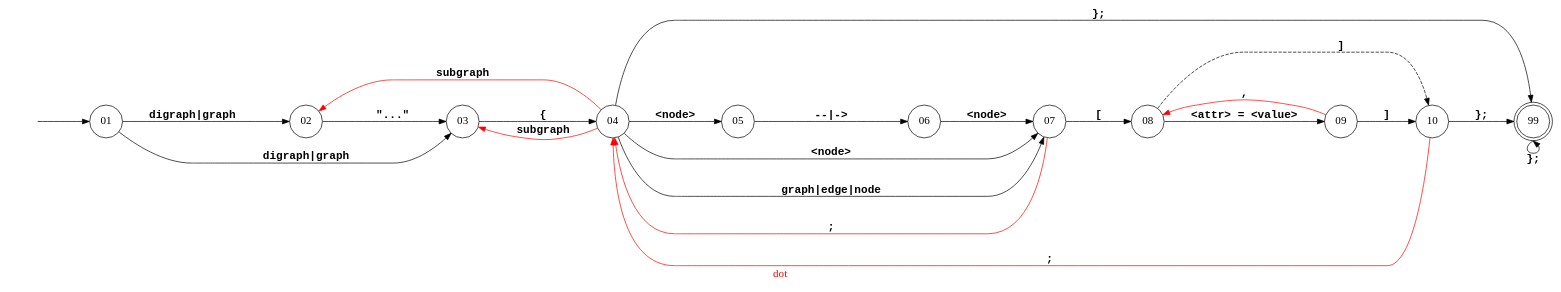
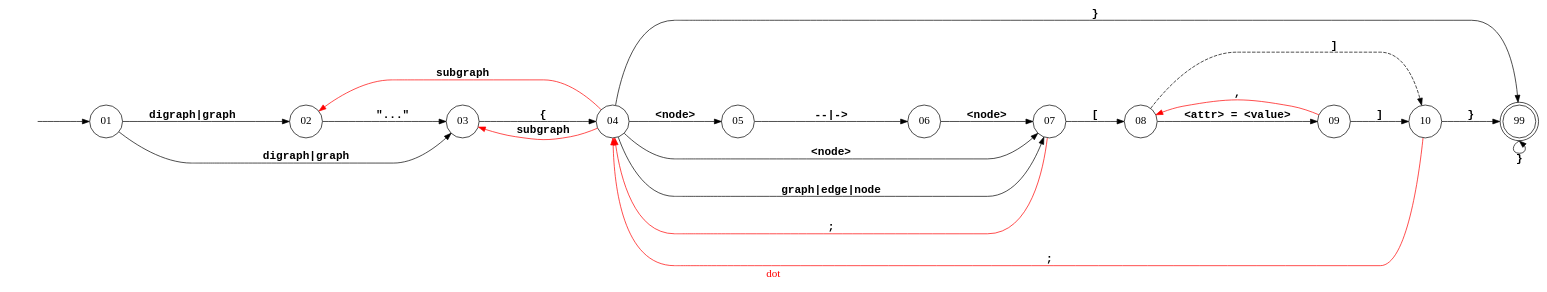
One commit to Ayyzee/dakota changed the diagram in doc/dot.dot. Above: the diagram before and after it, drawn with Graphviz.

Commit message:
Minor cleanup.

```diff
--- a/doc/dot.dot
+++ b/doc/dot.dot
@@ -1,52 +1,52 @@
 // Copyright (C) 2007 - 2015 Robert Nielsen <robert@dakota.org>
 //
 // Licensed under the Apache License, Version 2.0 (the "License");
 // you may not use this file except in compliance with the License.
 // You may obtain a copy of the License at
 //
 //      http://www.apache.org/licenses/LICENSE-2.0
 //
 // Unless required by applicable law or agreed to in writing, software
 // distributed under the License is distributed on an "AS IS" BASIS,
 // WITHOUT WARRANTIES OR CONDITIONS OF ANY KIND, either express or implied.
 // See the License for the specific language governing permissions and
 // limitations under the License.
 
 digraph "dot"
 {
   graph [ rankdir = "LR",
           center = true,
           //size = "7.5,10", page = "8.5,11",
           ];
   graph [ label = "\G", fontcolor = red, fontsize = 16 ];
   node [ shape = circle, width = 0.6, fontsize = 16 ];
   //node [ label = "", width = 0.3 ]; // comment out this line if you want the node names displayed
 
   // on OS X/darwin it wants Courier-Bold and Courier-Oblique
   edge [ fontname = "Courier-Bold", minlen = 2, fontsize = 16, concentrate = true ];
   st [ label = "", style = invis ];
   99 [ shape = doublecircle ];
   
   st -> 01;
   01 -> 02 [ label = "digraph|graph", weight = 6 ];
   01 -> 03 [ label = "digraph|graph" ];
   02 -> 03 [ label = "\"...\"", weight = 6 ];
   03 -> 04 [ label = "{", weight = 6 ];
   04 -> 02 [ label = "subgraph", color = red ];
   04 -> 03 [ label = "subgraph", color = red ];
   04 -> 05 [ label = "<node>", weight = 6 ];
   04 -> 07 [ label = "<node>" ];
   04 -> 07 [ label = "graph|edge|node" ];
-  04 -> 99 [ label = "};" ];
+  04 -> 99 [ label = "}" ];
   05 -> 06 [ label = "--|->", weight = 6 ];
   06 -> 07 [ label = "<node>", weight = 6 ];
   07 -> 04 [ label = ";", color = red ];
   07 -> 08 [ label = "[", weight = 6 ];
   08 -> 09 [ label = "<attr> = <value>", weight = 6 ];
   08 -> 10 [ label = "]", style = dashed ];
   09 -> 08 [ label = ",", color = red ];
   09 -> 10 [ label = "]", weight = 6 ];
   10 -> 04 [ label = ";", color = red ];
-  10 -> 99 [ label = "};", weight = 6 ];
-  99 -> 99 [ label = "};", tailport = s, headport = s ];
+  10 -> 99 [ label = "}", weight = 6 ];
+  99 -> 99 [ label = "}", tailport = s, headport = s ];
 }
```
